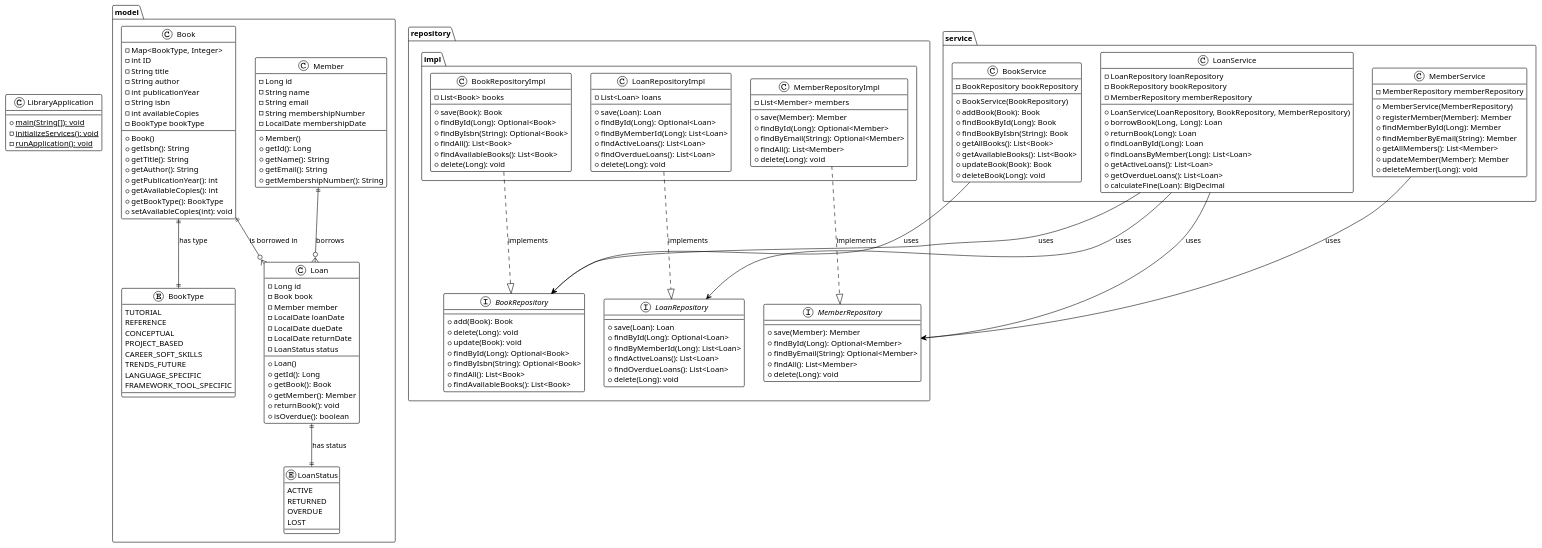
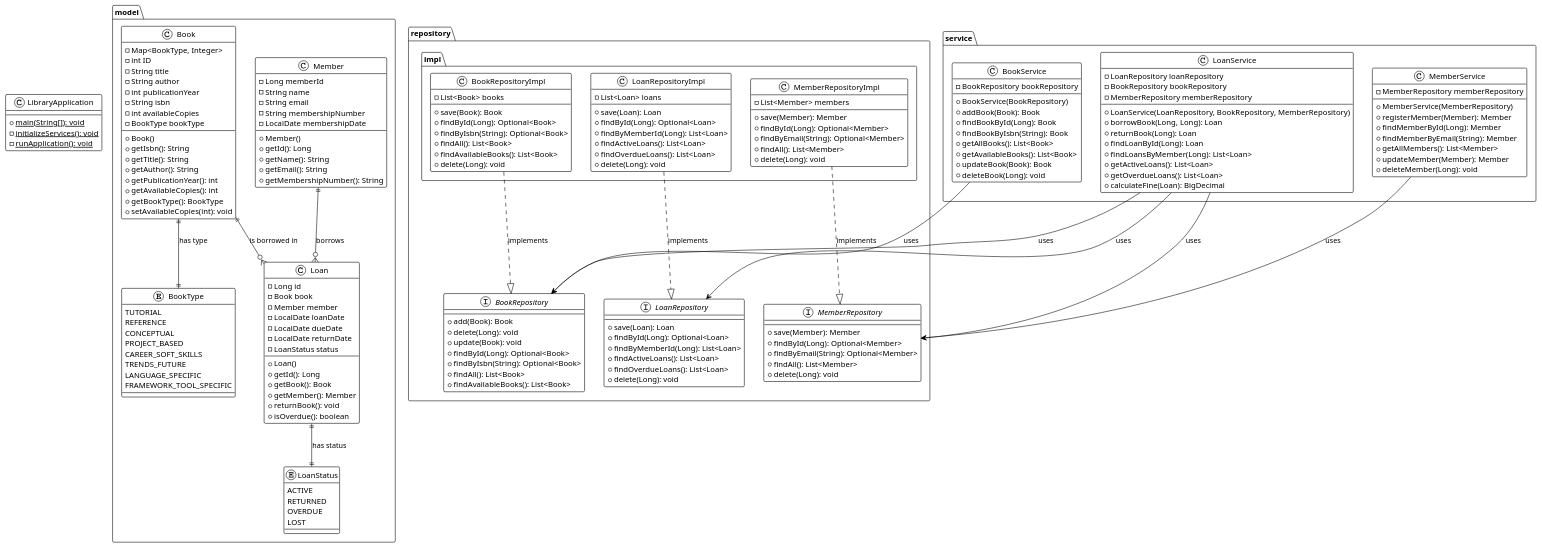
Before and after one commit to Tamara060890/EW2_LIBRARY_V2: the diagram in Library_v2.puml, drawn with PlantUML.

Commit message:
uml aangepast

```diff
--- a/Library_v2.puml
+++ b/Library_v2.puml
@@ -24,7 +24,7 @@
     }
 
     class Member {
-        -Long id
+        -Long memberId
         -String name
         -String email
         -String membershipNumber
```
